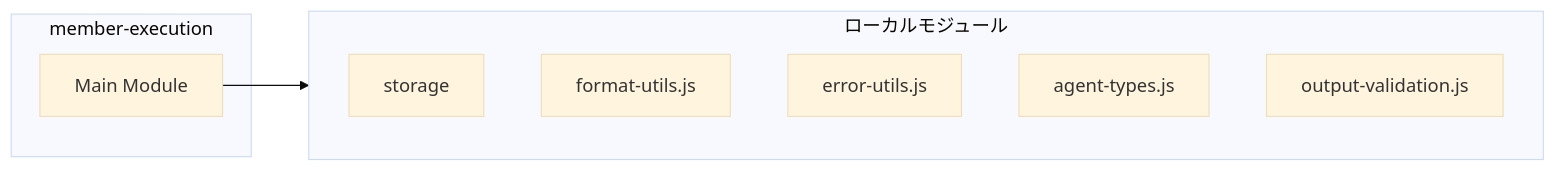
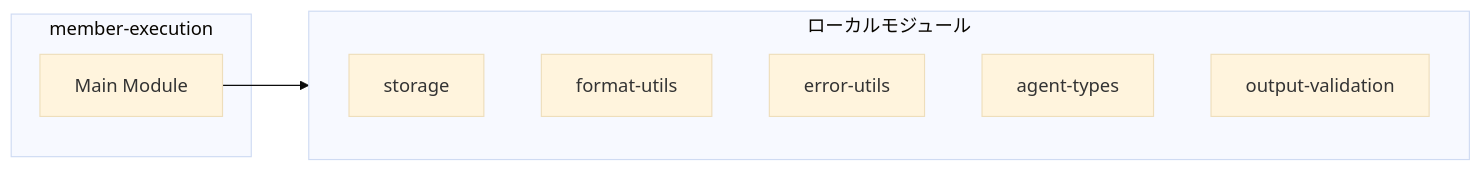
Before and after one commit to Mekann2904/mekann: the second of 4 diagrams in ABDD/.pi/extensions/agent-teams/member-execution.md, drawn with Mermaid (base theme). The commit also changed other lines of this file and 174 other files, not shown here.

First line of the commit message:
fix(docs): ABDDのMermaid図生成エラーを修正する

````diff
--- a/ABDD/.pi/extensions/agent-teams/member-execution.md
+++ b/ABDD/.pi/extensions/agent-teams/member-execution.md
@@ -58,14 +58,14 @@
 ```mermaid
 flowchart LR
   subgraph this[member-execution]
     main[Main Module]
   end
   subgraph local[ローカルモジュール]
     storage["storage"]
-    format_utils_js["format-utils.js"]
-    error_utils_js["error-utils.js"]
-    agent_types_js["agent-types.js"]
-    output_validation_js["output-validation.js"]
+    format_utils["format-utils"]
+    error_utils["error-utils"]
+    agent_types["agent-types"]
+    output_validation["output-validation"]
   end
   main --> local
 ```
````
